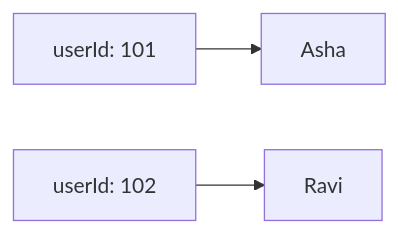
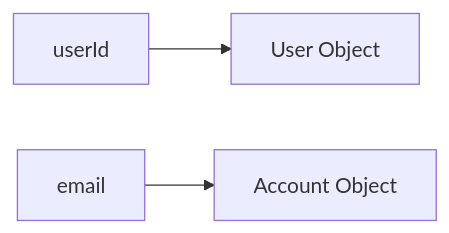
Diagram 14 of 25 in HLD_NOTES/003_TECHNOLOGY_DEEP_DIVE/core-java/java_collections_quick_ref.md (mthaiseer/springcloud-systemdesign-notes), drawn with Mermaid before and after one commit. The commit also changed other lines of this file, not shown here.

````diff
--- a/HLD_NOTES/003_TECHNOLOGY_DEEP_DIVE/core-java/java_collections_quick_ref.md
+++ b/HLD_NOTES/003_TECHNOLOGY_DEEP_DIVE/core-java/java_collections_quick_ref.md
@@ -344,5 +602,5 @@
 ```mermaid
 flowchart LR
-    Key1["userId: 101"] --> Value1["Asha"]
-    Key2["userId: 102"] --> Value2["Ravi"]
+    Key[userId] --> Value[User Object]
+    Key2[email] --> Value2[Account Object]
 ```
````
